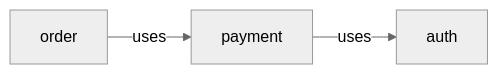
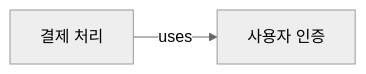
The diagram in docs/ko/commands/sdd-domain.md (JakeB-5/sdd-tool), drawn with Mermaid (neutral theme) before and after one commit. The commit also changed other lines of this file and 11 other files, not shown here.

````diff
--- a/docs/ko/commands/sdd-domain.md
+++ b/docs/ko/commands/sdd-domain.md
@@ -79,5 +84,6 @@
 ```mermaid
 graph LR
+  auth["사용자 인증"]
+  payment["결제 처리"]
   payment -->|uses| auth
-  order -->|uses| payment
 ```
````
